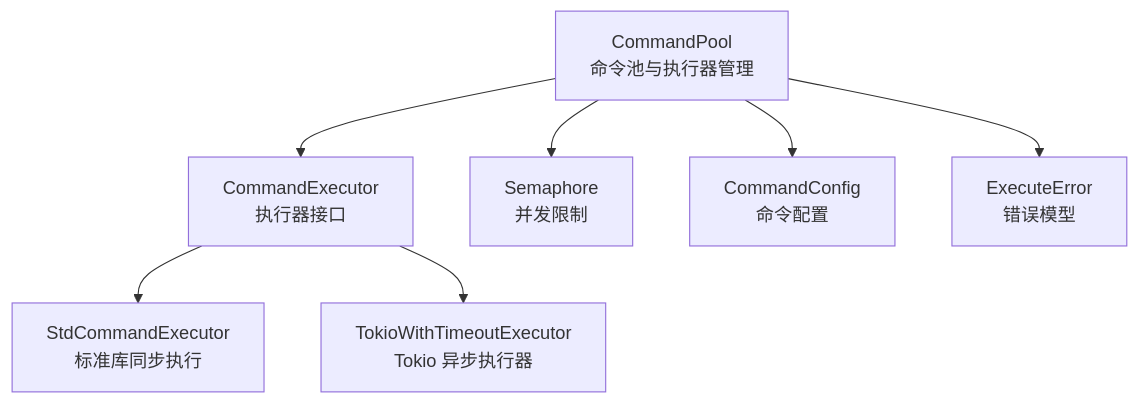
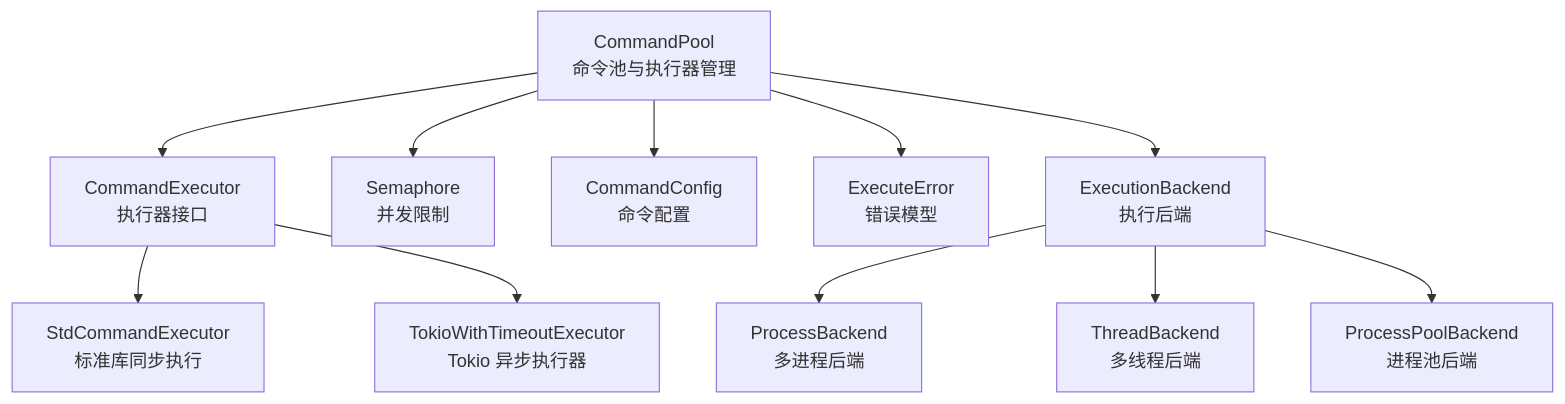
Before and after one commit to xcry2006/execute: the second of 6 diagrams in .qoder/repowiki/zh/content/执行器系统/自定义执行器开发.md, drawn with Mermaid. The commit also changed other lines of this file and 6 other files, not shown here.

````diff
--- a/.qoder/repowiki/zh/content/执行器系统/自定义执行器开发.md
+++ b/.qoder/repowiki/zh/content/执行器系统/自定义执行器开发.md
@@ -129,16 +120,24 @@
 ```mermaid
 graph TB
 CP["CommandPool<br/>命令池与执行器管理"]
 CE["CommandExecutor<br/>执行器接口"]
 STD["StdCommandExecutor<br/>标准库同步执行"]
 TOKIO_EX["TokioWithTimeoutExecutor<br/>Tokio 异步执行器"]
 SEM["Semaphore<br/>并发限制"]
 CFG["CommandConfig<br/>命令配置"]
 ERR["ExecuteError<br/>错误模型"]
+EB["ExecutionBackend<br/>执行后端"]
+PM["ProcessBackend<br/>多进程后端"]
+TB["ThreadBackend<br/>多线程后端"]
+PPB["ProcessPoolBackend<br/>进程池后端"]
 CP --> CE
 CE --> STD
 CE --> TOKIO_EX
+CP --> EB
+EB --> PM
+EB --> TB
+EB --> PPB
 CP --> SEM
 CP --> CFG
 CP --> ERR
 ```
````
